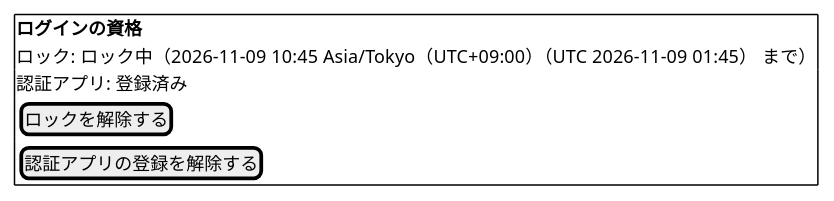
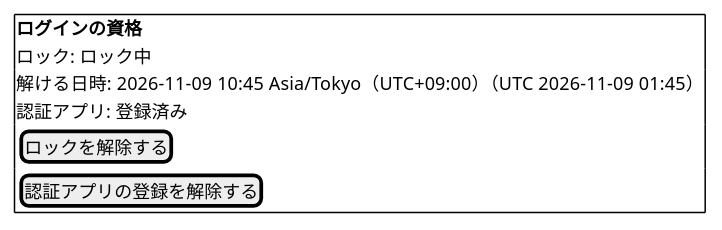
Diagram 32 of 44 in docs/design/cargo-tracker/ui_design.md (k2works/practical-domain-driven-design-in-enterpris-application), drawn with PlantUML before and after one commit. The commit also changed other lines of this file and 48 other files, not shown here.

````diff
--- a/docs/design/cargo-tracker/ui_design.md
+++ b/docs/design/cargo-tracker/ui_design.md
@@ -1349,11 +1371,12 @@
 ```plantuml
 @startsalt
 {+
   <b>ログインの資格
-  ロック: ロック中（2026-11-09 10:45 Asia/Tokyo（UTC+09:00）（UTC 2026-11-09 01:45） まで）
+  ロック: ロック中
+  解ける日時: 2026-11-09 10:45 Asia/Tokyo（UTC+09:00）（UTC 2026-11-09 01:45）
   認証アプリ: 登録済み
   { [ ロックを解除する ] }
   { [ 認証アプリの登録を解除する ] }
 }
 @endsalt
 ```
````
